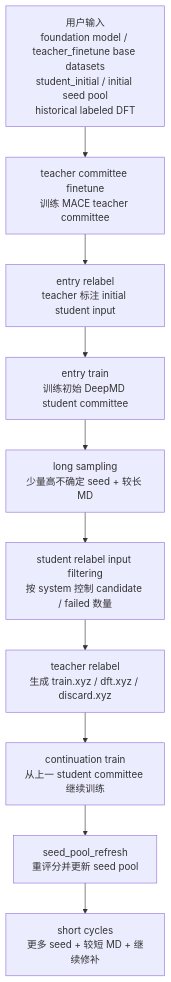
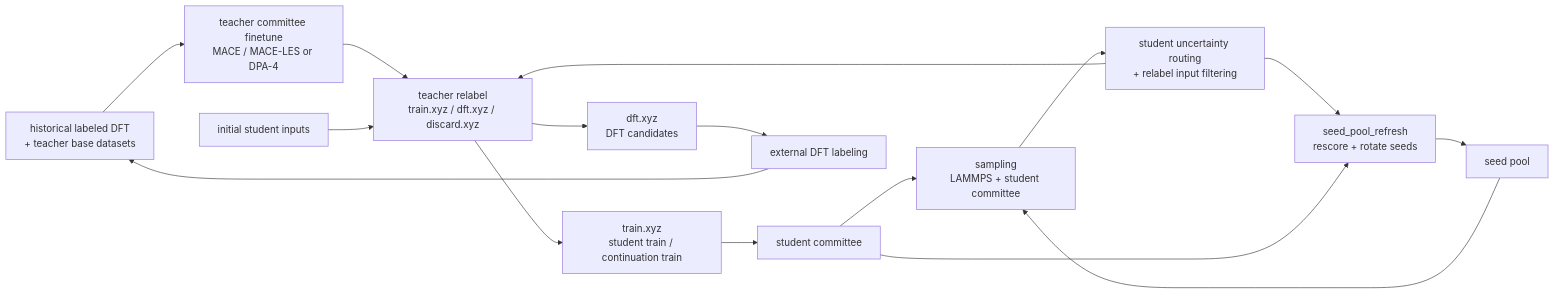
The diagram in CORE_ALGORITHM_GUIDE.md (NanaKk0/DICE), drawn with Mermaid before and after one commit. The commit also changed other lines of this file and 3 other files, not shown here.

````diff
--- a/CORE_ALGORITHM_GUIDE.md
+++ b/CORE_ALGORITHM_GUIDE.md
@@ -24,12 +24,22 @@
 ```mermaid
-flowchart TD
-    A["用户输入<br/>foundation model / teacher_finetune base datasets<br/>student_initial / initial seed pool<br/>historical labeled DFT"] --> B["teacher committee finetune<br/>训练 MACE teacher committee"]
-    B --> C["entry relabel<br/>teacher 标注 initial student input"]
-    C --> D["entry train<br/>训练初始 DeepMD student committee"]
-    D --> E["long sampling<br/>少量高不确定 seed + 较长 MD"]
-    E --> F["student relabel input filtering<br/>按 system 控制 candidate / failed 数量"]
-    F --> G["teacher relabel<br/>生成 train.xyz / dft.xyz / discard.xyz"]
-    G --> H["continuation train<br/>从上一 student committee 继续训练"]
-    H --> I["seed_pool_refresh<br/>重评分并更新 seed pool"]
-    I --> J["short cycles<br/>更多 seed + 较短 MD + 继续修补"]
+flowchart LR
+    DFT["historical labeled DFT<br/>+ teacher base datasets"] --> T["teacher committee finetune<br/>MACE / MACE-LES or DPA-4"]
+    T --> R["teacher relabel<br/>train.xyz / dft.xyz / discard.xyz"]
+
+    INIT["initial student inputs"] --> R
+    R --> TRAIN["train.xyz<br/>student train / continuation train"]
+    TRAIN --> S["student committee"]
+
+    SEED["seed pool"] --> MD["sampling<br/>LAMMPS + student committee"]
+    S --> MD
+    MD --> FILTER["student uncertainty routing<br/>+ relabel input filtering"]
+    FILTER --> R
+
+    R --> CAND["dft.xyz<br/>DFT candidates"]
+    CAND --> EXT["external DFT labeling"]
+    EXT --> DFT
+
+    FILTER --> REFRESH["seed_pool_refresh<br/>rescore + rotate seeds"]
+    S --> REFRESH
+    REFRESH --> SEED
 ```
````
